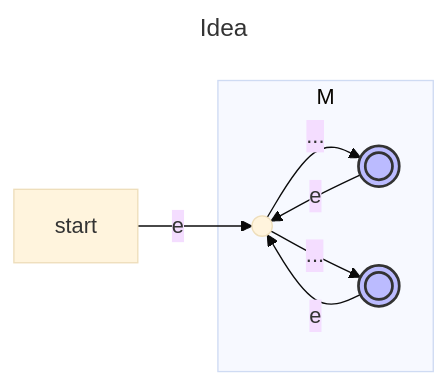
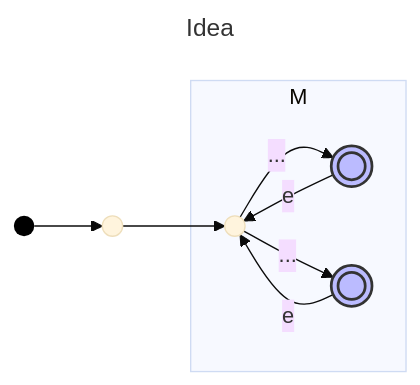
The sixth of 6 diagrams in docs/Mathematics_Basis/TC/Lec_2.md (sakuratsuyu/Note), drawn with Mermaid (base theme) before and after one commit. The commit also changed other lines of this file, not shown here.

Commit message:
[Default] Synchronization

````diff
--- a/docs/Mathematics_Basis/TC/Lec_2.md
+++ b/docs/Mathematics_Basis/TC/Lec_2.md
@@ -181,16 +182,18 @@
         ```mermaid
         ---
         title: Idea
         ---
         flowchart LR
-            start -- e --> startA
+            start(( )) --> s
+            s(( )) --> startA
             Q0A -- e --> startA
             Q1A -- e --> startA
+            style start fill:#000,stroke-width:0px
 
             subgraph M
                 startA(( )) -- ... --> Q0A((( )))
                 startA(( )) -- ... --> Q1A((( )))
                 style Q0A fill:#bbf,stroke:#333,stroke-width:2px
                 style Q1A fill:#bbf,stroke:#333,stroke-width:2px
             end
         ```
````
